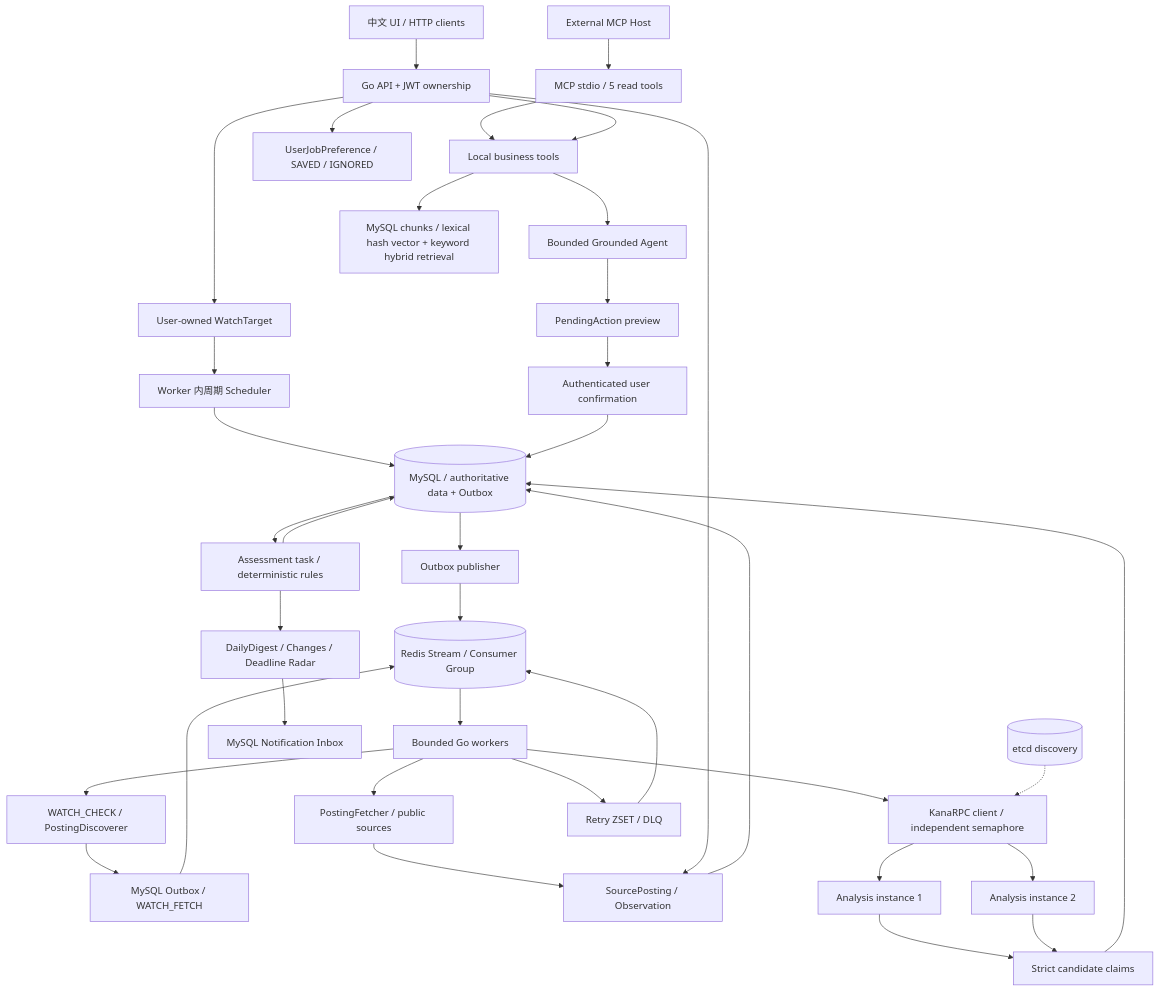
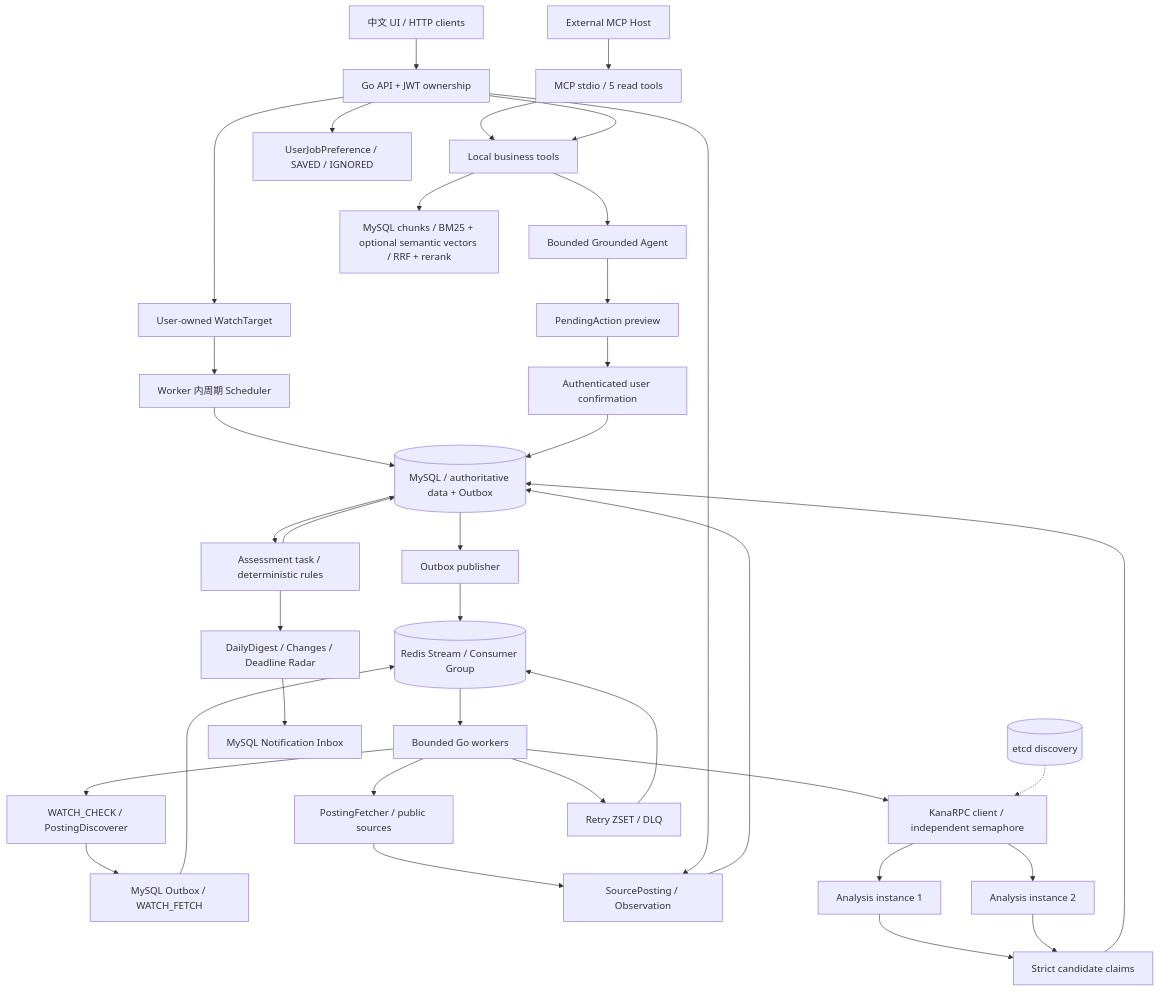
One commit to KanaDoodle/CampusTrace changed the diagram in docs/architecture.md. Above: the diagram before and after it, drawn with Mermaid. The commit also changed other lines of this file and 51 other files, not shown here.

Commit message:
feat: add hybrid knowledge retrieval and actionable assistant results

````diff
--- a/docs/architecture.md
+++ b/docs/architecture.md
@@ -23,39 +23,39 @@
 ```mermaid
 flowchart TD
   UI[中文 UI / HTTP clients] --> API[Go API + JWT ownership]
   Host[External MCP Host] --> MCP[MCP stdio / 5 read tools]
   MCP --> Tools[Local business tools]
   API --> Tools
   API --> Watch[User-owned WatchTarget]
   Watch --> Scheduler[Worker 内周期 Scheduler]
   Scheduler --> DB
   Worker --> Discover[WATCH_CHECK / PostingDiscoverer]
   Discover --> Fanout[MySQL Outbox / WATCH_FETCH]
   Fanout --> Stream
   Worker --> Fetch[PostingFetcher / public sources]
   Fetch --> O[SourcePosting / Observation]
   API --> O
   Rules --> Radar[DailyDigest / Changes / Deadline Radar]
   Radar --> Inbox[MySQL Notification Inbox]
   API --> Preference[UserJobPreference / SAVED / IGNORED]
   O --> DB[(MySQL / authoritative data + Outbox)]
   DB --> Publisher[Outbox publisher]
   Publisher --> Stream[(Redis Stream / Consumer Group)]
   Stream --> Worker[Bounded Go workers]
   Worker --> RPC[KanaRPC client / independent semaphore]
   Etcd[(etcd discovery)] -.-> RPC
   RPC --> A1[Analysis instance 1]
   RPC --> A2[Analysis instance 2]
   A1 --> Claims[Strict candidate claims]
   A2 --> Claims
   Claims --> DB
   DB --> Rules[Assessment task / deterministic rules]
   Rules --> DB
   Worker --> Retry[Retry ZSET / DLQ]
   Retry --> Stream
   Tools --> Agent[Bounded Grounded Agent]
   Agent --> Pending[PendingAction preview]
   Pending --> Confirm[Authenticated user confirmation]
   Confirm --> DB
-  Tools --> RAG[MySQL chunks / lexical hash vector + keyword hybrid retrieval]
+  Tools --> RAG[MySQL chunks / BM25 + optional semantic vectors / RRF + rerank]
 ```
````
